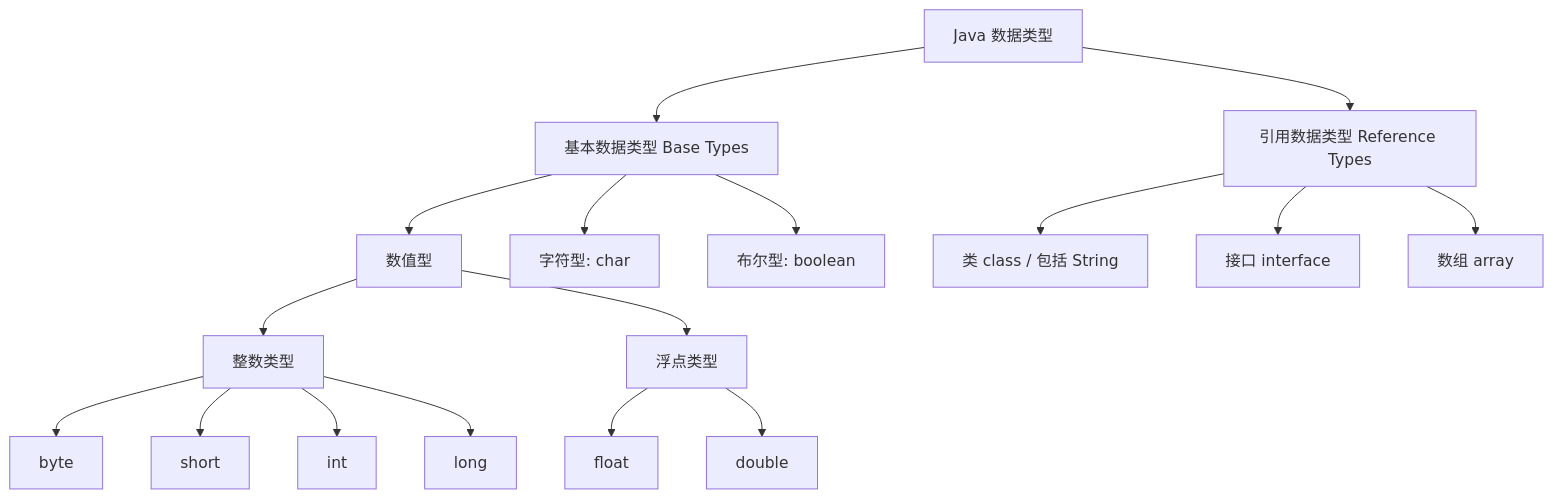
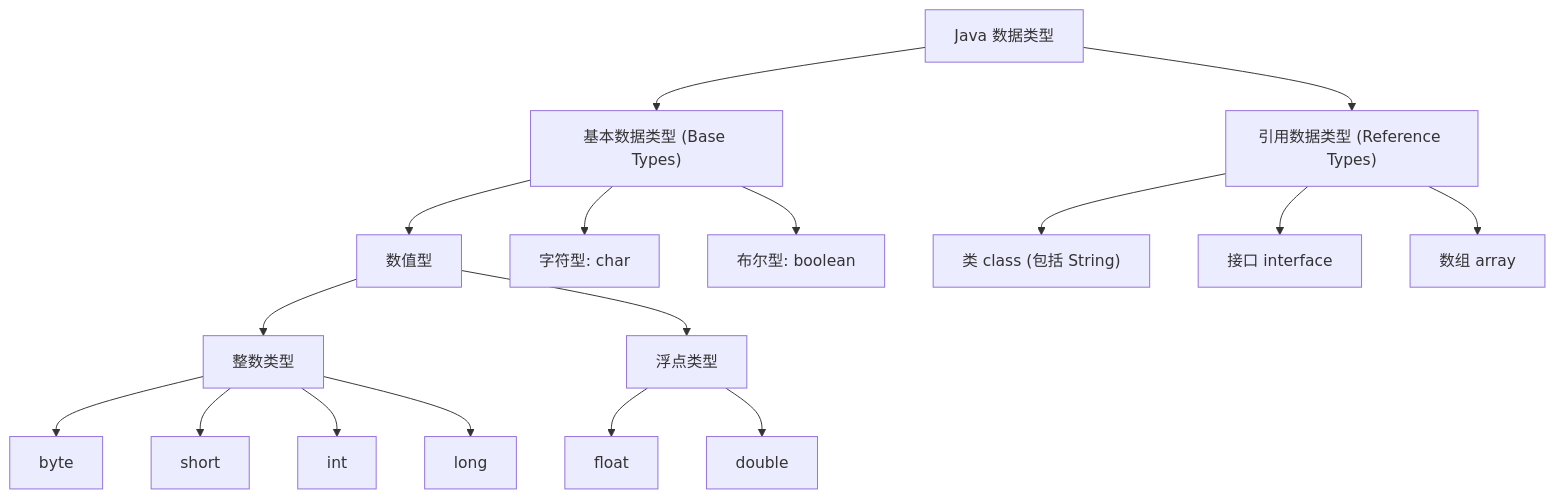
The diagram in content/posts/java.md (enochliu0318/mugee-blog), drawn with Mermaid before and after one commit. The commit also changed other lines of this file, not shown here.

Commit message:
writing new post

````diff
--- a/content/posts/java.md
+++ b/content/posts/java.md
@@ -275,24 +275,24 @@
 ```mermaid
 graph TD
-    Root[Java 数据类型] --> Basic[基本数据类型 Base Types]
-    Root --> Ref[引用数据类型 Reference Types]
+    Root[Java 数据类型] --> Basic["基本数据类型 (Base Types)"]
+    Root --> Ref["引用数据类型 (Reference Types)"]
 
     Basic --> Numeric[数值型]
-    Basic --> Character[字符型: char]
-    Basic --> Boolean[布尔型: boolean]
+    Basic --> Character["字符型: char"]
+    Basic --> Boolean["布尔型: boolean"]
 
     Numeric --> Integral[整数类型]
     Numeric --> Floating[浮点类型]
 
     Integral --> byte[byte]
     Integral --> short[short]
     Integral --> int[int]
     Integral --> long[long]
 
     Floating --> float[float]
     Floating --> double[double]
 
-    Ref --> Class[类 class / 包括 String]
-    Ref --> Interface[接口 interface]
-    Ref --> Array[数组 array]
+    Ref --> Class["类 class (包括 String)"]
+    Ref --> Interface["接口 interface"]
+    Ref --> Array["数组 array"]
 ```
````
